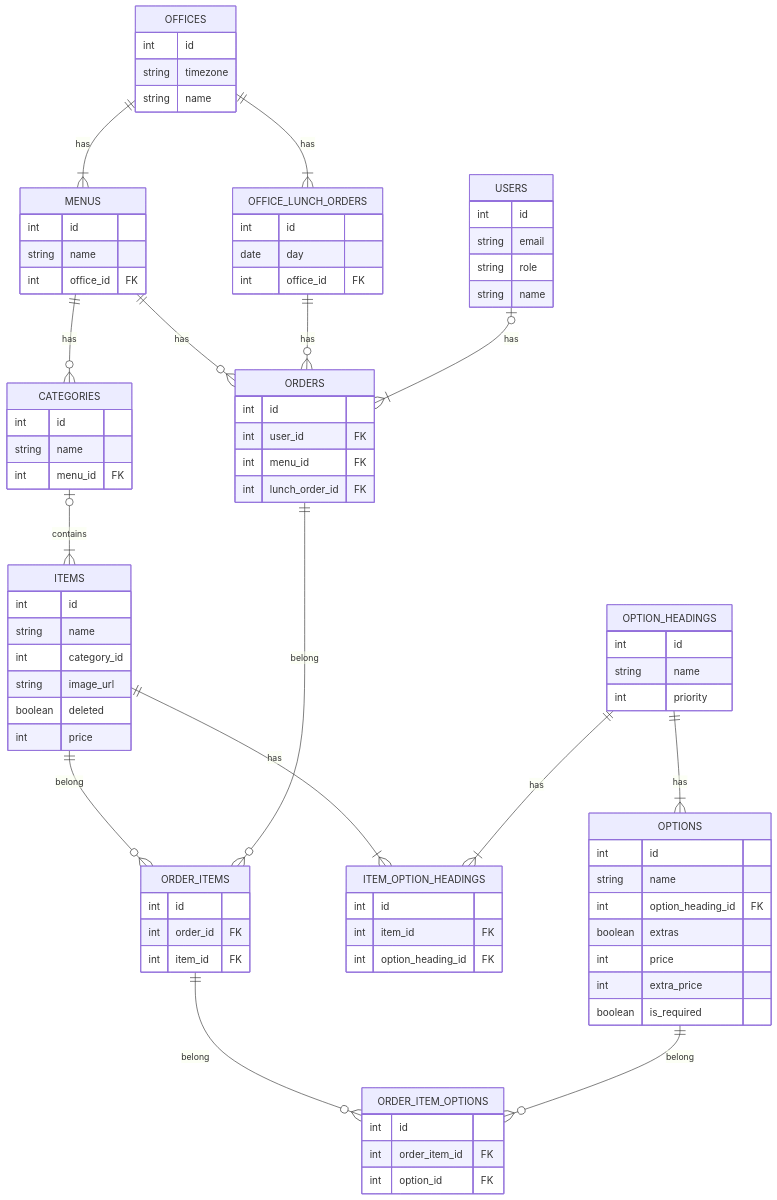
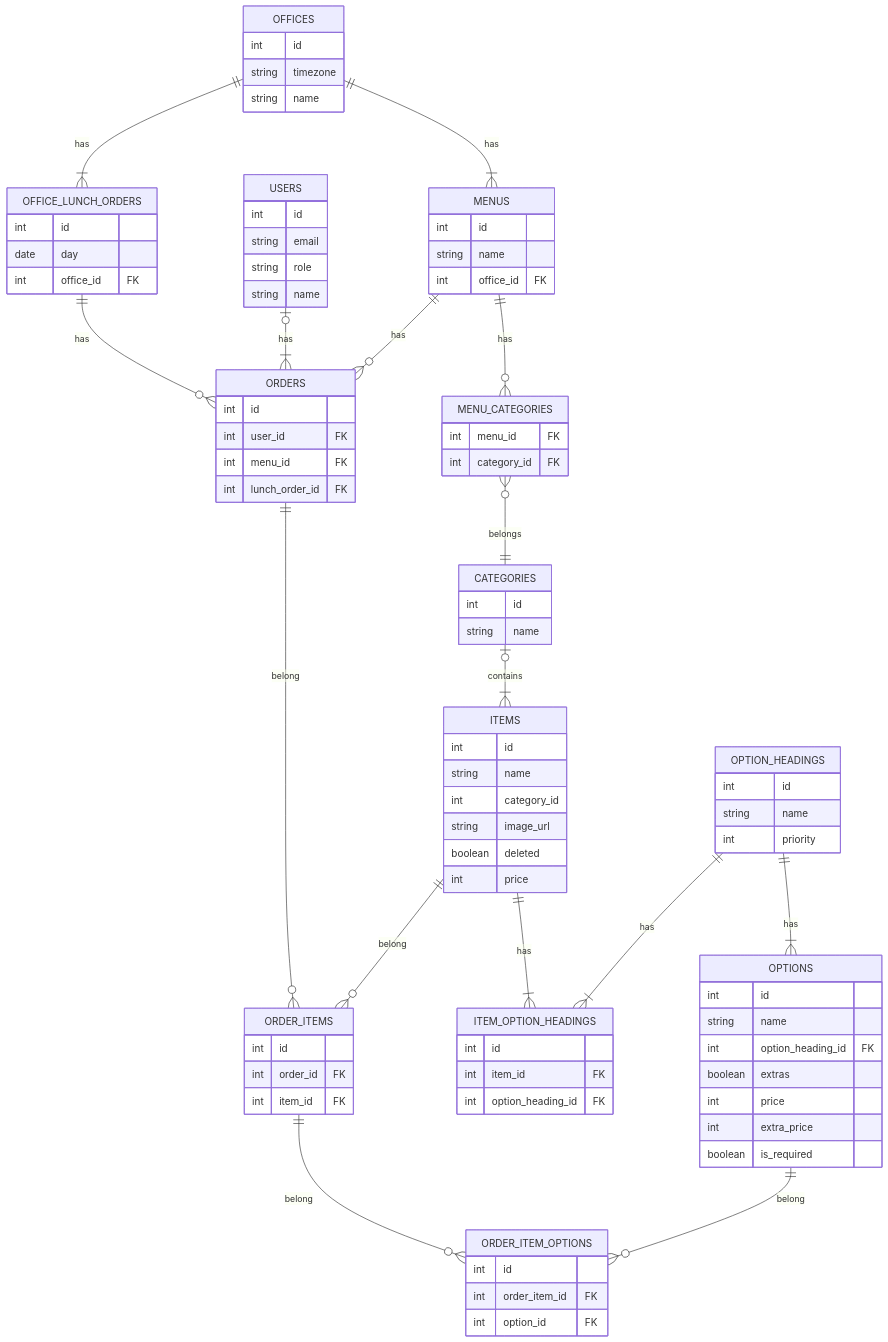
Before and after one commit to mojotech/lunchbot: the diagram in README_Lunchbot.md, drawn with Mermaid.

Commit message:
chore: update mermaid.js to reflect schema changes

```diff
--- a/README_Lunchbot.md
+++ b/README_Lunchbot.md
@@ -8,6 +8,14 @@
         int id
         string name
         int office_id FK
+    }
+    MENU_CATEGORIES {
+      int menu_id FK
+      int category_id FK
+    }
+    CATEGORIES {
+      int id
+      string name
     }
     OFFICE_LUNCH_ORDERS {
         int id
@@ -35,11 +43,6 @@
         int id
         int order_id FK
         int item_id FK
-    }
-    CATEGORIES {
-      int id
-      string name
-      int menu_id FK
     }
     ITEMS {
       int id
@@ -73,15 +76,16 @@
         int order_item_id FK
         int option_id FK
     }
-    MENUS ||--o{ ORDERS : has
-    MENUS ||--o{ CATEGORIES : has
     OFFICES ||--|{ MENUS: has
     OFFICES ||--|{ OFFICE_LUNCH_ORDERS: has
     OFFICE_LUNCH_ORDERS ||--o{ ORDERS : has
     USERS |o--|{ ORDERS: has
+    MENUS ||--o{ ORDERS : has
+    CATEGORIES |o--|{ ITEMS: contains
+    MENUS ||--o{ MENU_CATEGORIES : has
+    MENU_CATEGORIES }o--|| CATEGORIES : belongs
+    ORDERS ||--o{ ORDER_ITEMS : belong
     ITEMS ||--o{ ORDER_ITEMS : belong
-    ORDERS ||--o{ ORDER_ITEMS : belong
-    CATEGORIES |o--|{ ITEMS: contains
     ORDER_ITEMS ||--o{ ORDER_ITEM_OPTIONS : belong
     OPTIONS ||--o{ ORDER_ITEM_OPTIONS : belong
     ITEMS ||--|{ ITEM_OPTION_HEADINGS: has
```
